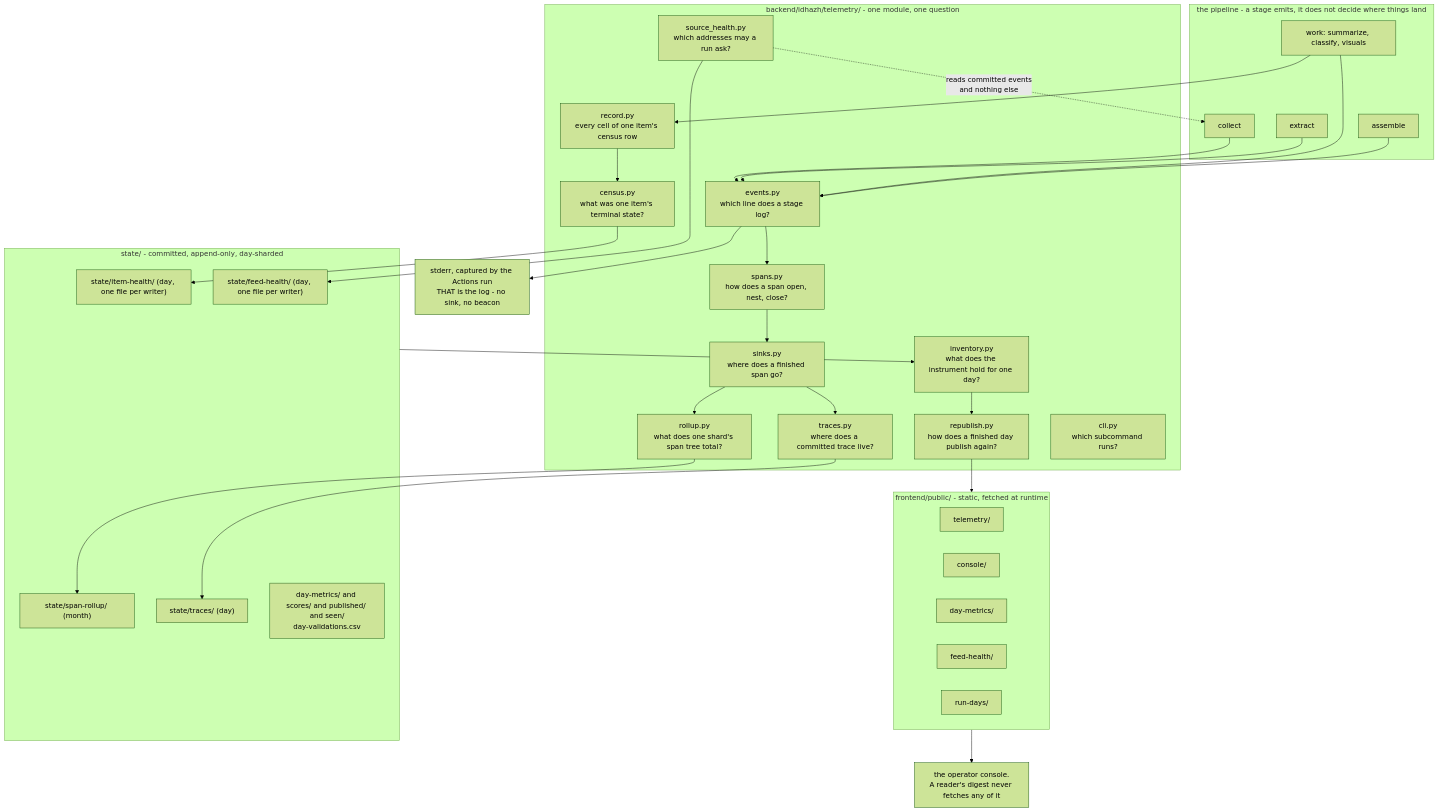
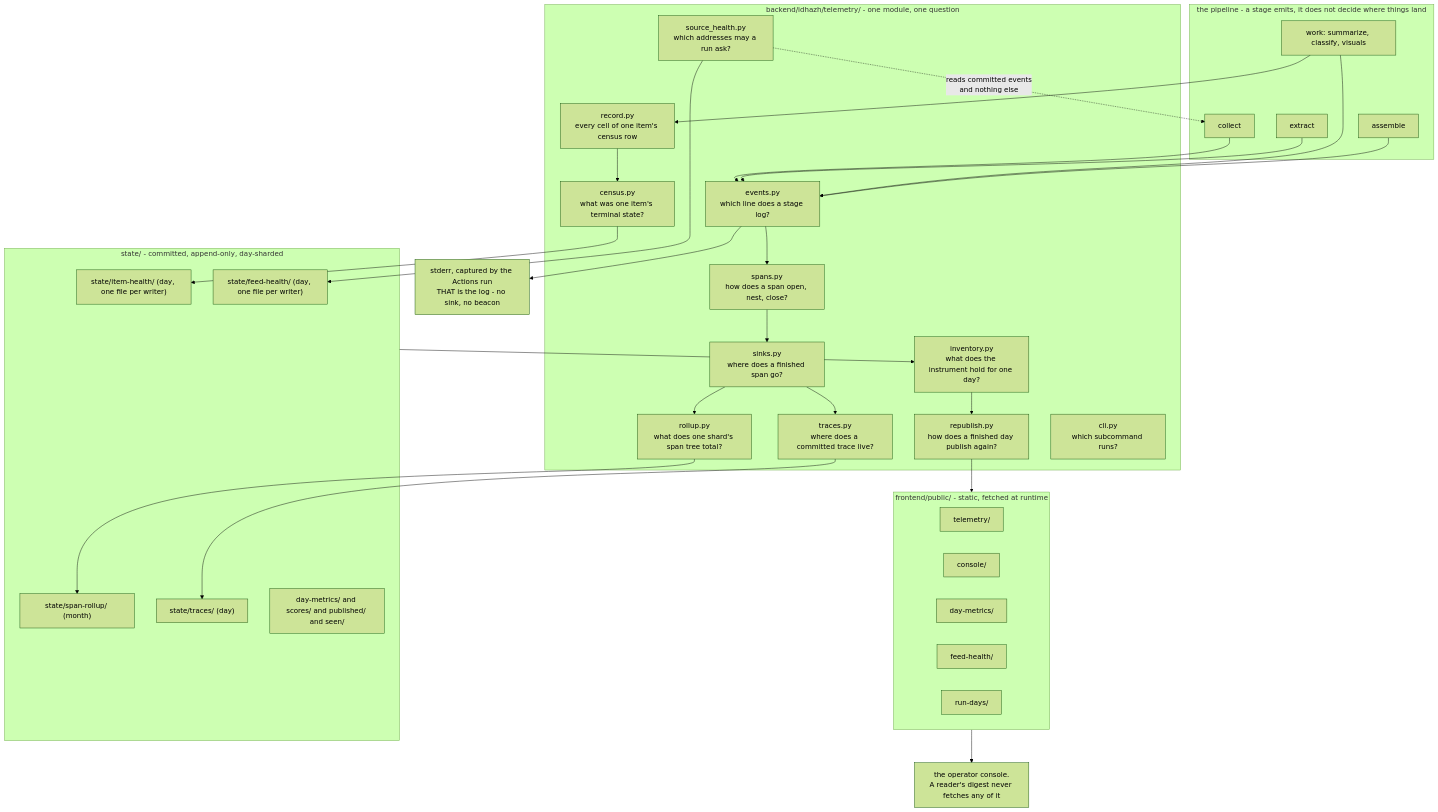
The diagram in docs/concepts/telemetry.md (miztiik/yen-idhazh), drawn with Mermaid (forest theme) before and after one commit. The commit also changed other lines of this file and 85 other files, not shown here.

````diff
--- a/docs/concepts/telemetry.md
+++ b/docs/concepts/telemetry.md
@@ -17,64 +17,64 @@
 ```mermaid
 flowchart TD
   subgraph stages["the pipeline - a stage emits, it does not decide where things land"]
     collect["collect"]
     extract["extract"]
     work["work: summarize, classify, visuals"]
     assemble["assemble"]
   end
 
   collect --> events
   extract --> events
   work --> events
   assemble --> events
   work --> record
 
   subgraph pkg["backend/idhazh/telemetry/ - one module, one question"]
     events["events.py<br/>which line does a stage log?"]
     spans["spans.py<br/>how does a span open, nest, close?"]
     sinks["sinks.py<br/>where does a finished span go?"]
     record["record.py<br/>every cell of one item's census row"]
     census["census.py<br/>what was one item's terminal state?"]
     rollup["rollup.py<br/>what does one shard's span tree total?"]
     traces["traces.py<br/>where does a committed trace live?"]
     inventory["inventory.py<br/>what does the instrument hold for one day?"]
     health["source_health.py<br/>which addresses may a run ask?"]
     republish["republish.py<br/>how does a finished day publish again?"]
     cli["cli.py<br/>which subcommand runs?"]
   end
 
   events --> stderr["stderr, captured by the Actions run<br/>THAT is the log - no sink, no beacon"]
   events --> spans --> sinks
   sinks --> traces
   sinks --> rollup
   record --> census
 
   census --> ih["state/item-health/ (day, one file per writer)"]
   rollup --> sr["state/span-rollup/ (month)"]
   traces --> tr["state/traces/ (day)"]
   health --> fh["state/feed-health/ (day, one file per writer)"]
 
   subgraph state["state/ - committed, append-only, day-sharded"]
     ih
     sr
     tr
     fh
-    other["day-metrics/ and scores/ and published/ and seen/<br/>day-validations.csv"]
+    other["day-metrics/ and scores/ and published/ and seen/"]
   end
 
   state --> inventory
   inventory --> republish
   republish --> pub
 
   subgraph pub["frontend/public/ - static, fetched at runtime"]
     telem["telemetry/"]
     cons["console/"]
     dm["day-metrics/"]
     fhp["feed-health/"]
     rd["run-days/"]
   end
 
   pub --> op["the operator console.<br/>A reader's digest never fetches any of it"]
 
   health -.->|"reads committed events<br/>and nothing else"| collect
 ```
````
